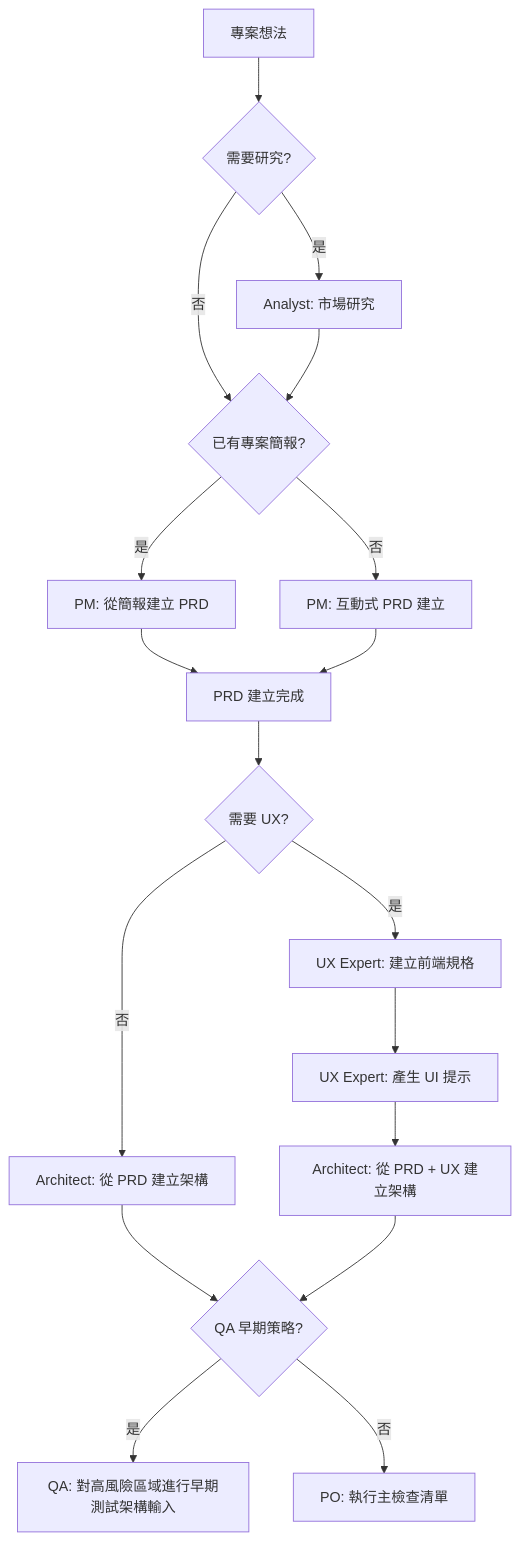
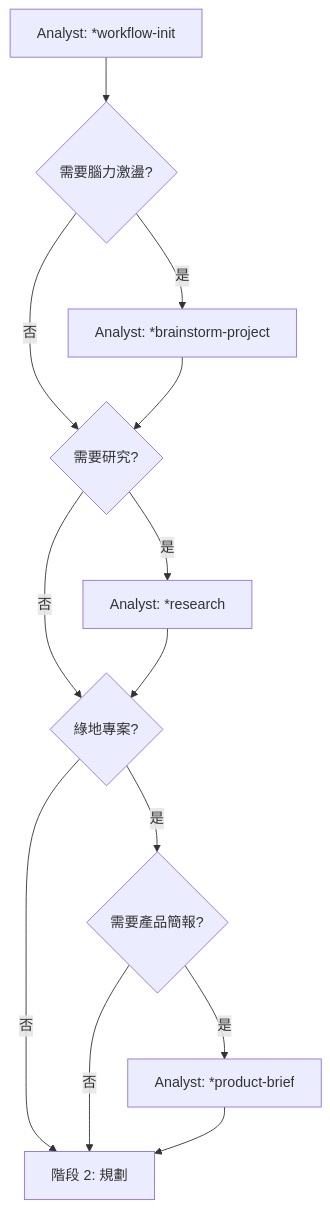
The second of 5 diagrams in README.md (jamesjantw/vibe_coding), drawn with Mermaid before and after one commit. The commit also changed other lines of this file and 435 other files, not shown here.

````diff
--- a/README.md
+++ b/README.md
@@ -87,20 +233,15 @@
 ```mermaid
 graph TD
-    A[專案想法] --> B{需要研究?}
-    B -->|是| C[Analyst: 市場研究]
-    B -->|否| D{已有專案簡報?}
+    A[Analyst: *workflow-init] --> B{需要腦力激盪?}
+    B -->|是| C[Analyst: *brainstorm-project]
+    B -->|否| D{需要研究?}
     C --> D
-    D -->|是| E[PM: 從簡報建立 PRD]
-    D -->|否| F[PM: 互動式 PRD 建立]
-    E --> G[PRD 建立完成]
-    F --> G
-    G --> H{需要 UX?}
-    H -->|是| I[UX Expert: 建立前端規格]
-    H -->|否| J[Architect: 從 PRD 建立架構]
-    I --> K[UX Expert: 產生 UI 提示]
-    K --> L[Architect: 從 PRD + UX 建立架構]
-    J --> M{QA 早期策略?}
-    L --> M
-    M -->|是| N[QA: 對高風險區域進行早期測試架構輸入]
-    M -->|否| O[PO: 執行主檢查清單]
+    D -->|是| E[Analyst: *research]
+    D -->|否| F{綠地專案?}
+    E --> F
+    F -->|是| G{需要產品簡報?}
+    F -->|否| H[階段 2: 規劃]
+    G -->|是| I[Analyst: *product-brief]
+    G -->|否| H
+    I --> H
 ```
````
